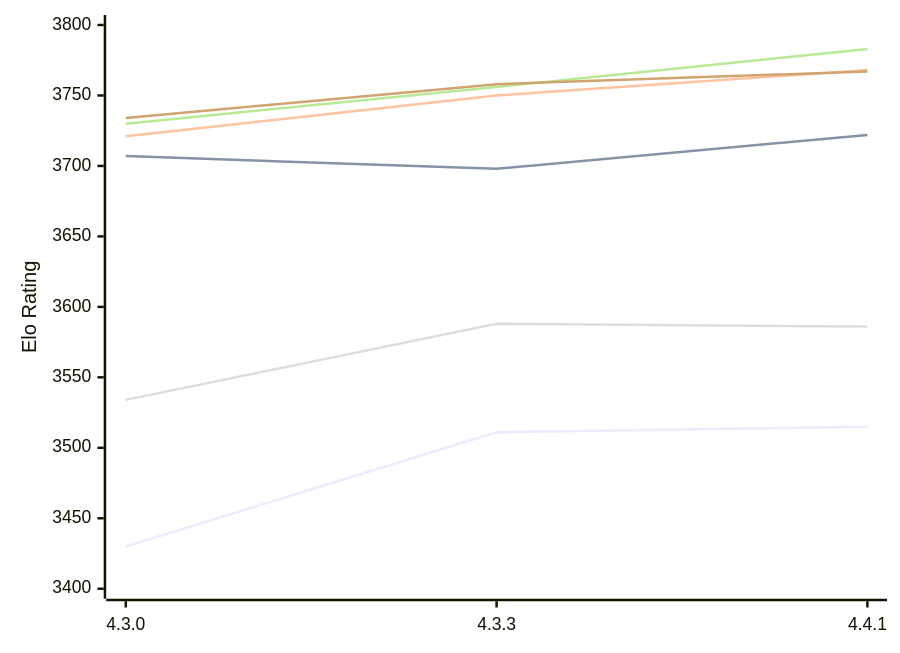
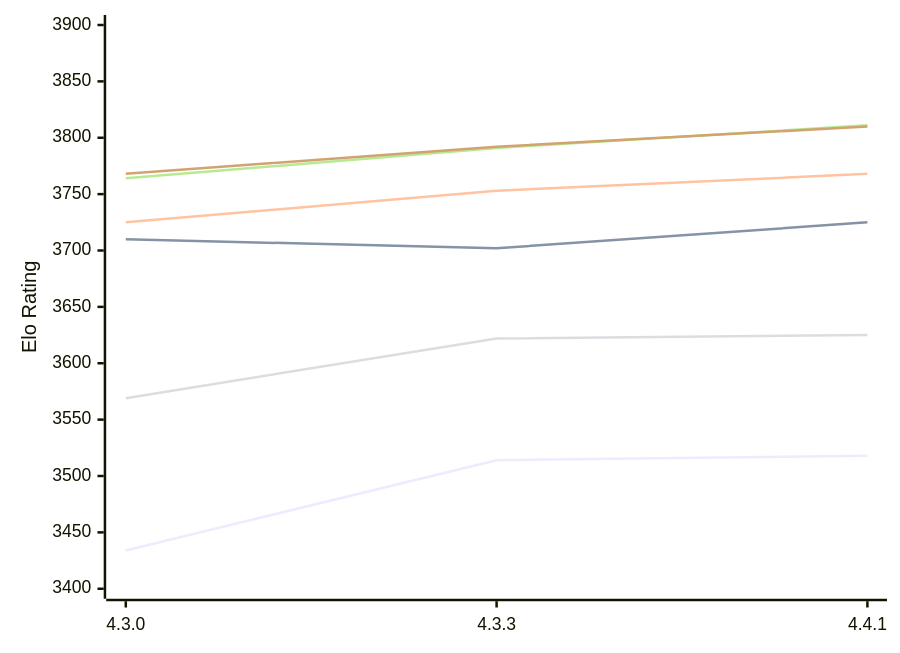
The first of 2 diagrams in engines/Gaia.md (computer-chess-index/cci), drawn with Mermaid before and after one commit. The commit also changed other lines of this file, not shown here.

Commit message:
Update CCI Ratings (ELO VLTC) - 2026-11-01

````diff
--- a/engines/Gaia.md
+++ b/engines/Gaia.md
@@ -57,12 +57,12 @@
 ```mermaid
 %%{init: {"theme":"base","themeVariables":{"seriesColors:['#a3a3a3','#222221','#faa371']}}}%%
 xychart-beta
   x-axis ["4.3.0", "4.3.3", "4.4.1"]
-  y-axis "Elo Rating" 3400 --> 3800
-  line "E1: STC (8.0+0.08s)" [3430, 3511, 3515]
-  line "E1: LTC (60.0+0.60s)" [3707, 3698, 3722]
-  line "E1: VLTC (2m24s+1.12s)" [3721, 3750, 3768]
-  line "P1: STC (8.0+0.08s)" [3534, 3588, 3586]
-  line "P1: LTC (60.0+0.60s)" [3730, 3756, 3783]
-  line "P1: VLTC (2m24s+1.12s)" [3734, 3758, 3767]
+  y-axis "Elo Rating" 3400 --> 3900
+  line "E1: STC (8.0+0.08s)" [3434, 3514, 3518]
+  line "E1: LTC (60.0+0.60s)" [3710, 3702, 3725]
+  line "E1: VLTC (2m24s+1.12s)" [3725, 3753, 3768]
+  line "P1: STC (8.0+0.08s)" [3569, 3622, 3625]
+  line "P1: LTC (60.0+0.60s)" [3764, 3791, 3811]
+  line "P1: VLTC (2m24s+1.12s)" [3768, 3792, 3810]
 ```
````
